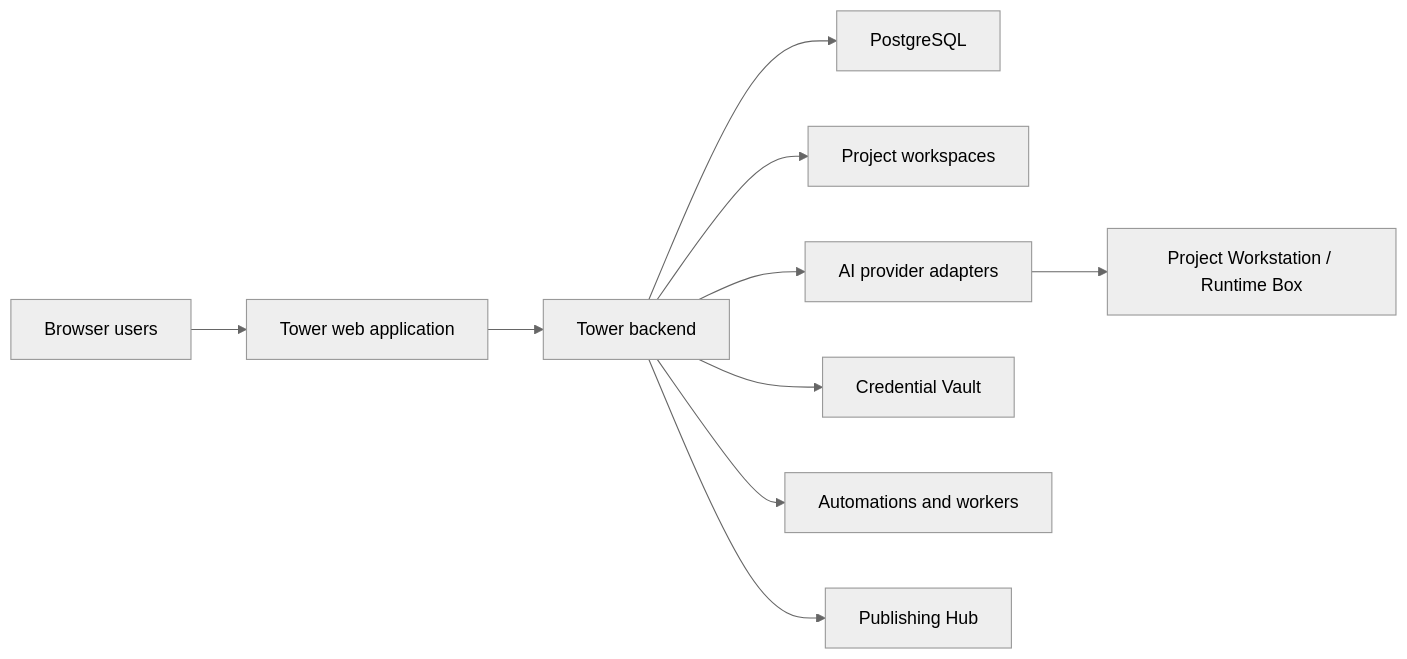
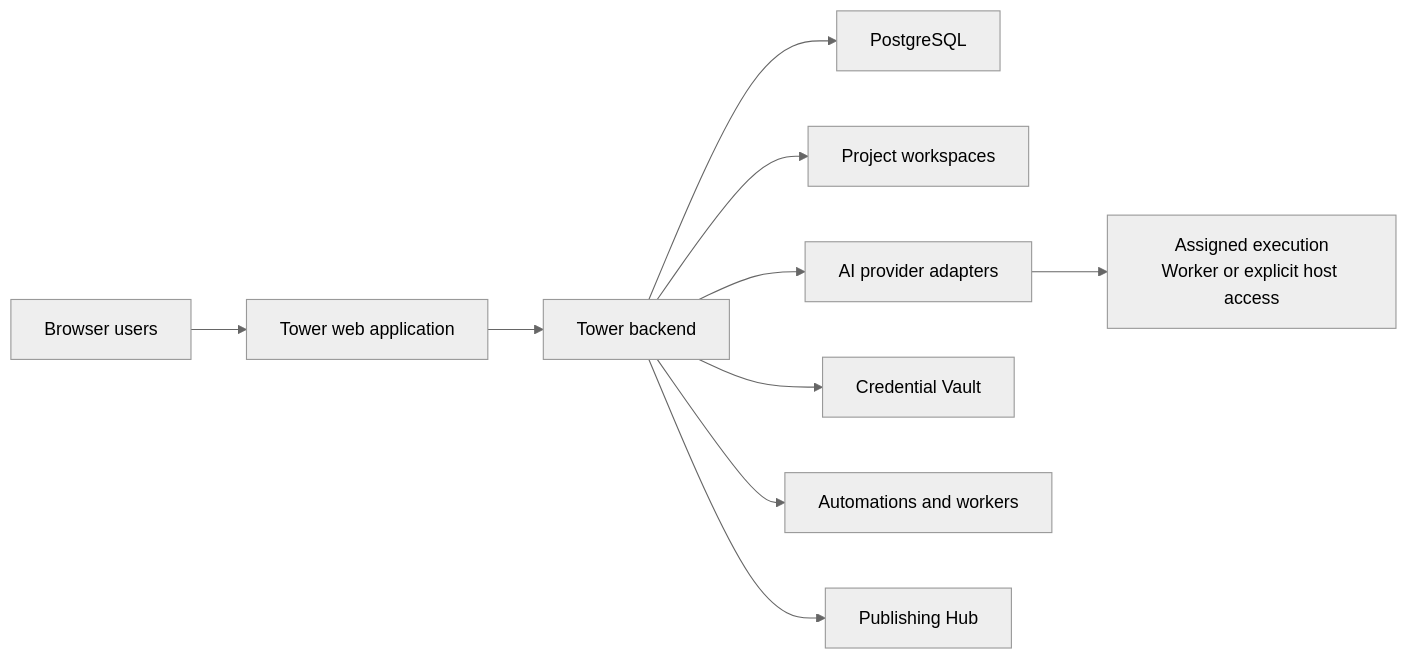
One commit to moatai-io/towersource changed the first of 2 diagrams in docs/tower-guide/architecture.md. Above: the diagram before and after it, drawn with Mermaid (neutral theme). The commit also changed other lines of this file and 2710 other files, not shown here.

````diff
--- a/docs/tower-guide/architecture.md
+++ b/docs/tower-guide/architecture.md
@@ -9,12 +11,12 @@
 ```mermaid
 flowchart LR
     U["Browser users"] --> WEB["Tower web application"]
     WEB --> API["Tower backend"]
     API --> DB["PostgreSQL"]
     API --> FS["Project workspaces"]
     API --> AI["AI provider adapters"]
-    AI --> WB["Project Workstation / Runtime Box"]
+    AI --> WB["Assigned execution<br/>Worker or explicit host access"]
     API --> CV["Credential Vault"]
     API --> AUTO["Automations and workers"]
     API --> PUB["Publishing Hub"]
 ```
````
